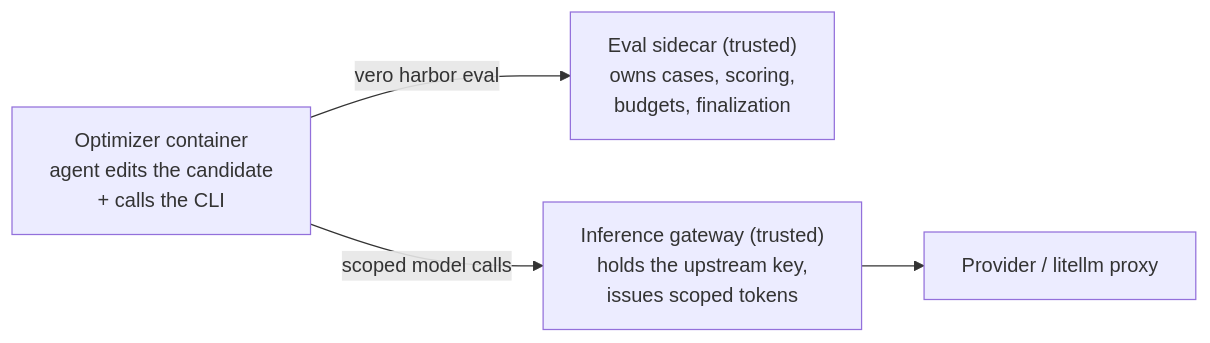
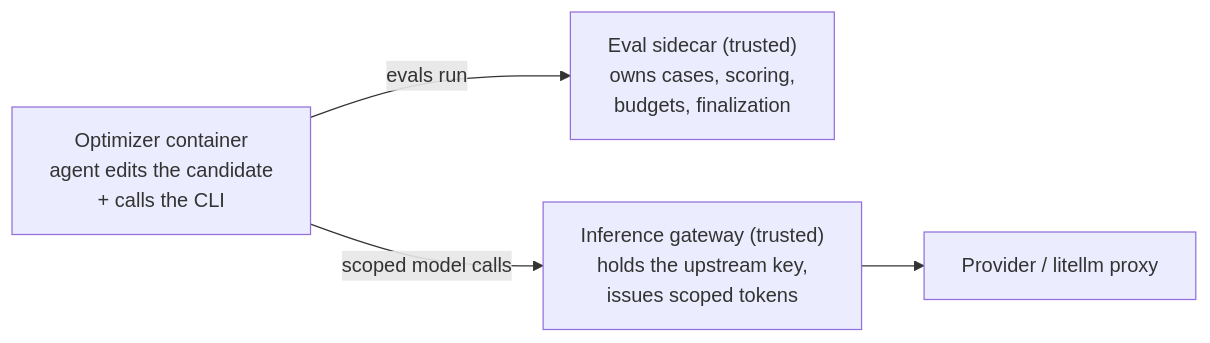
The second of 3 diagrams in vero/README.md (scaleapi/vero), drawn with Mermaid before and after one commit. The commit also changed other lines of this file and 52 other files, not shown here.

````diff
--- a/vero/README.md
+++ b/vero/README.md
@@ -106,9 +106,9 @@
 ```mermaid
 flowchart LR
     A["Optimizer container<br/>agent edits the candidate<br/>+ calls the CLI"]
     S["Eval sidecar (trusted)<br/>owns cases, scoring,<br/>budgets, finalization"]
     G["Inference gateway (trusted)<br/>holds the upstream key,<br/>issues scoped tokens"]
-    A -->|"vero harbor eval"| S
+    A -->|"evals run"| S
     A -->|"scoped model calls"| G
     G --> U["Provider / litellm proxy"]
 ```
````
